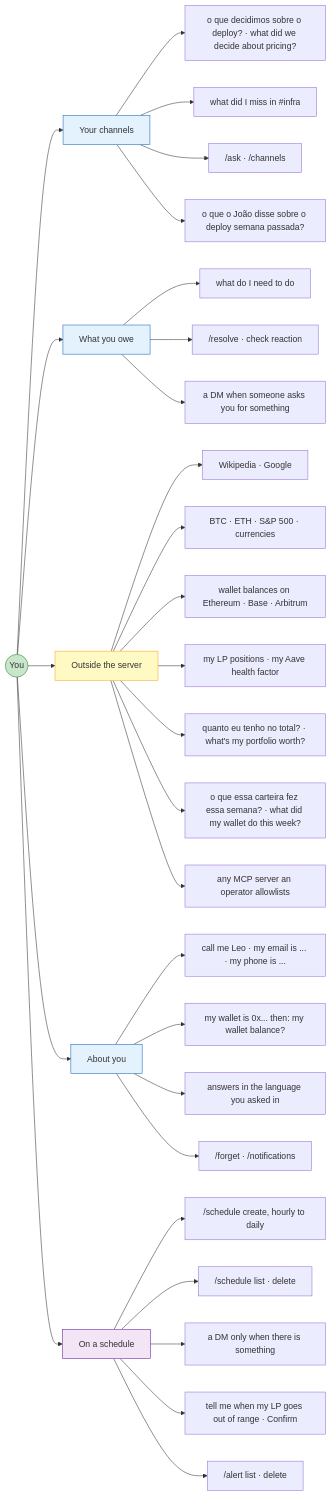
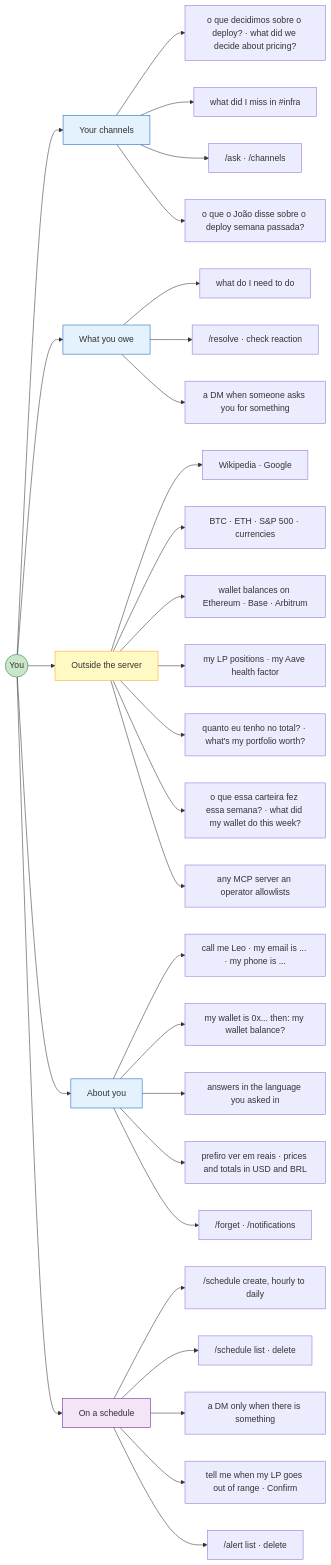
Before and after one commit to CyberdyneCorp/CyberFriend: the second of 4 diagrams in README.md, drawn with Mermaid. The commit also changed other lines of this file and 36 other files, not shown here.

````diff
--- a/README.md
+++ b/README.md
@@ -109,44 +111,45 @@
 ```mermaid
 graph LR
     P(("You"))
 
     P --> CORPUS["Your channels"]
     CORPUS --> C1["o que decidimos sobre o deploy? &middot; what did we decide about pricing?"]
     CORPUS --> C2["what did I miss in #infra"]
     CORPUS --> C3["/ask &middot; /channels"]
     CORPUS --> C4["o que o João disse sobre o deploy semana passada?"]
 
     P --> OWED["What you owe"]
     OWED --> O1["what do I need to do"]
     OWED --> O2["/resolve &middot; check reaction"]
     OWED --> O3["a DM when someone asks you for something"]
 
     P --> OUT["Outside the server"]
     OUT --> X1["Wikipedia &middot; Google"]
     OUT --> X2["BTC &middot; ETH &middot; S&P 500 &middot; currencies"]
     OUT --> X3["wallet balances on Ethereum &middot; Base &middot; Arbitrum"]
     OUT --> X5["my LP positions &middot; my Aave health factor"]
     OUT --> X6["quanto eu tenho no total? &middot; what's my portfolio worth?"]
     OUT --> X7["o que essa carteira fez essa semana? &middot; what did my wallet do this week?"]
     OUT --> X4["any MCP server an operator allowlists"]
 
     P --> YOU["About you"]
     YOU --> Y1["call me Leo &middot; my email is ... &middot; my phone is ..."]
     YOU --> Y2["my wallet is 0x... then: my wallet balance?"]
     YOU --> Y3["answers in the language you asked in"]
+    YOU --> Y5["prefiro ver em reais &middot; prices and totals in USD and BRL"]
     YOU --> Y4["/forget &middot; /notifications"]
 
     P --> WHEN["On a schedule"]
     WHEN --> W1["/schedule create, hourly to daily"]
     WHEN --> W2["/schedule list &middot; delete"]
     WHEN --> W3["a DM only when there is something"]
     WHEN --> W4["tell me when my LP goes out of range &middot; Confirm"]
     WHEN --> W5["/alert list &middot; delete"]
 
     style P fill:#C8E6C9,stroke:#2E7D32
     style CORPUS fill:#E3F2FD,stroke:#1565C0
     style OWED fill:#E3F2FD,stroke:#1565C0
     style OUT fill:#FFF9C4,stroke:#F9A825
     style YOU fill:#E3F2FD,stroke:#1565C0
     style WHEN fill:#F3E5F5,stroke:#6A1B9A
 ```
````
